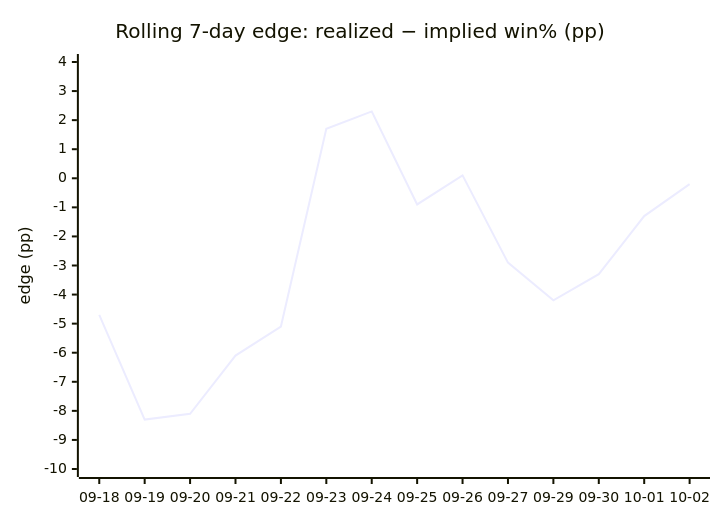
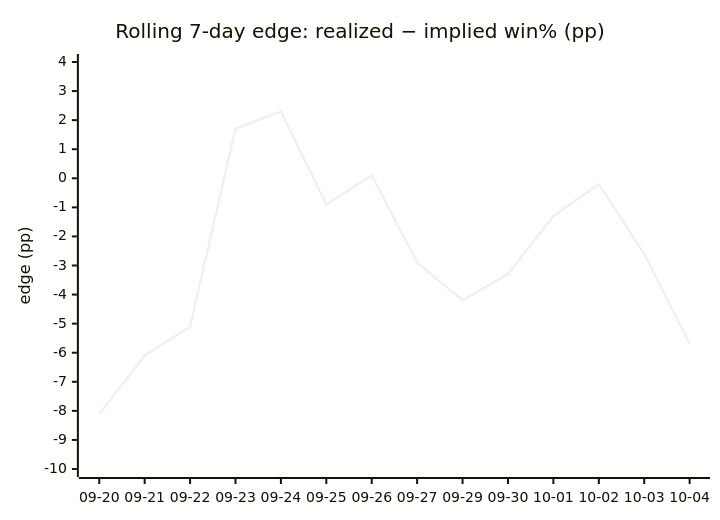
The fourth of 4 diagrams in DAILY_AGSU_REPORT.md (dpk1212/nhl-savant), drawn with Mermaid before and after one commit. The commit also changed other lines of this file, not shown here.

````diff
--- a/DAILY_AGSU_REPORT.md
+++ b/DAILY_AGSU_REPORT.md
@@ -869,7 +874,7 @@
 ```mermaid
 xychart-beta
     title "Rolling 7-day edge: realized − implied win% (pp)"
-    x-axis ["09-18", "09-19", "09-20", "09-21", "09-22", "09-23", "09-24", "09-25", "09-26", "09-27", "09-29", "09-30", "10-01", "10-02"]
+    x-axis ["09-20", "09-21", "09-22", "09-23", "09-24", "09-25", "09-26", "09-27", "09-29", "09-30", "10-01", "10-02", "10-03", "10-04"]
     y-axis "edge (pp)" -10 --> 4
-    line [-4.7, -8.3, -8.1, -6.1, -5.1, 1.7, 2.3, -0.9, 0.1, -2.9, -4.2, -3.3, -1.3, -0.2]
+    line [-8.1, -6.1, -5.1, 1.7, 2.3, -0.9, 0.1, -2.9, -4.2, -3.3, -1.3, -0.2, -2.6, -5.7]
 ```
````
